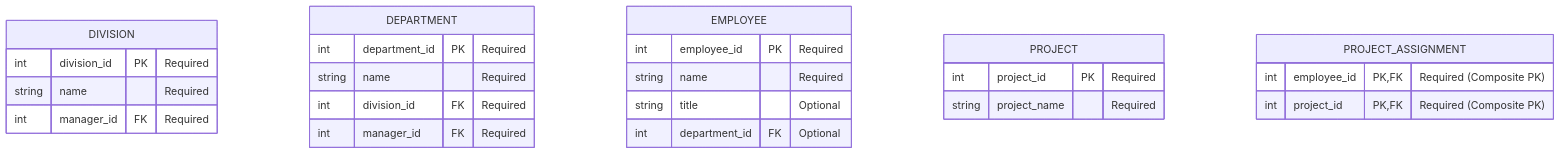
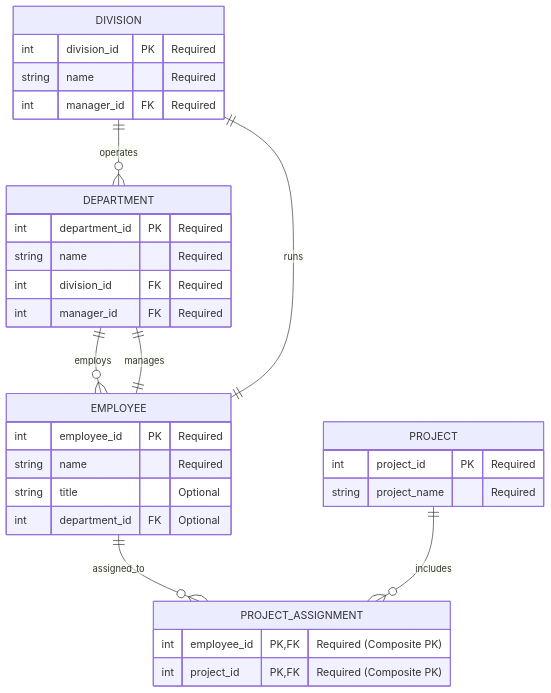
The diagram in ERD_mid_diagram.qmd (mszeihen/DatabaseProject-5725), drawn with Mermaid before and after one commit.

````diff
--- a/ERD_mid_diagram.qmd
+++ b/ERD_mid_diagram.qmd
@@ -14,29 +14,36 @@
 ```{mermaid}
 erDiagram
+    DIVISION ||--o{ DEPARTMENT : operates
+    DEPARTMENT ||--o{ EMPLOYEE : employs
+    EMPLOYEE ||--o{ PROJECT_ASSIGNMENT : assigned_to
+    PROJECT ||--o{ PROJECT_ASSIGNMENT : includes
+    EMPLOYEE ||--|| DEPARTMENT : manages
+    EMPLOYEE ||--|| DIVISION : runs
+
     DIVISION {
         int division_id PK "Required"
         string name "Required"
         int manager_id FK "Required"
     }
     DEPARTMENT {
         int department_id PK "Required"
         string name "Required"
         int division_id FK "Required"
         int manager_id FK "Required"
     }
     EMPLOYEE {
         int employee_id PK "Required"
         string name "Required"
         string title "Optional"
         int department_id FK "Optional"
     }
     PROJECT {
         int project_id PK "Required"
         string project_name "Required"
     }
     PROJECT_ASSIGNMENT {
         int employee_id PK, FK "Required (Composite PK)"
         int project_id PK, FK "Required (Composite PK)"
     }
 
 ```
````
